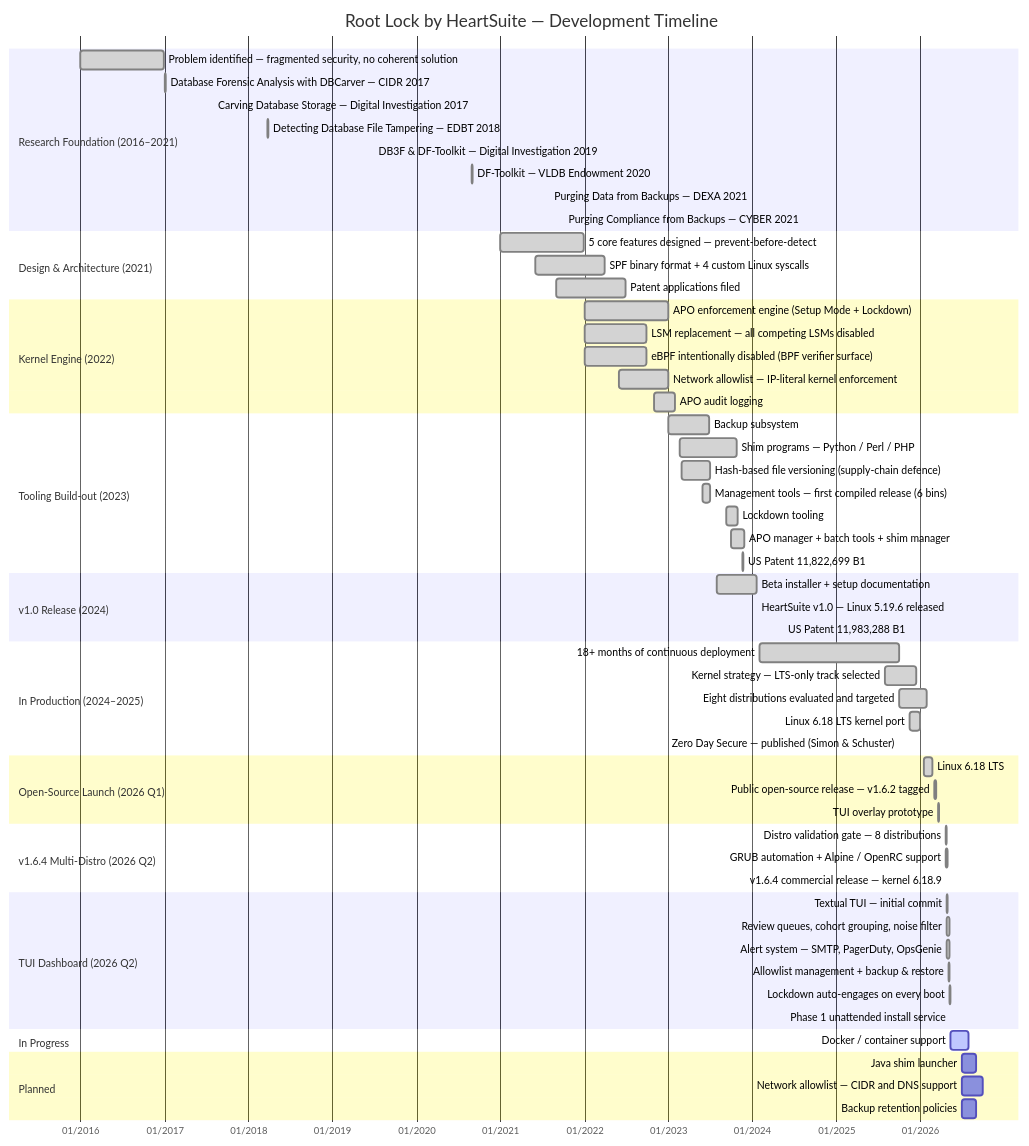
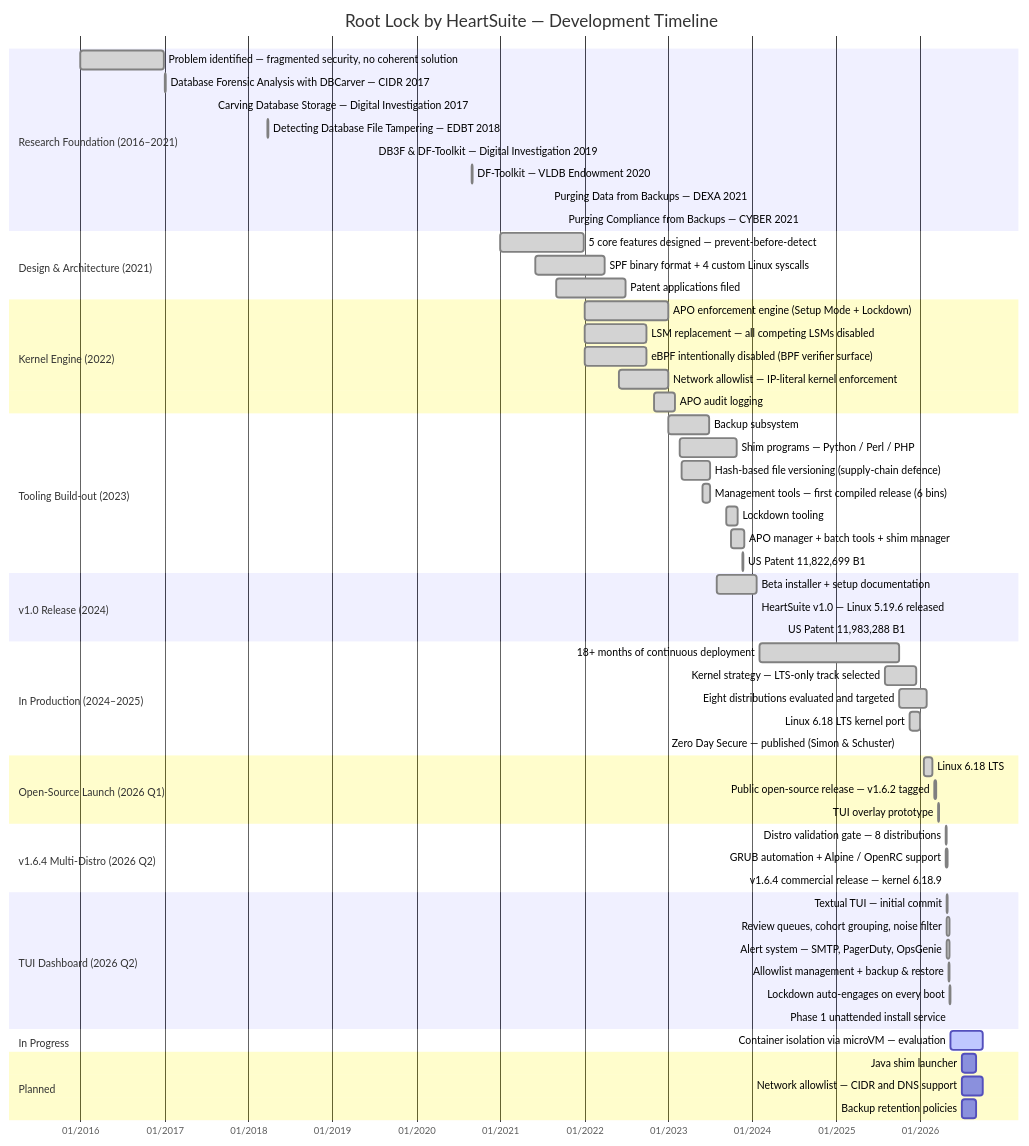
One commit to HeartSecuritySuite/heartsuite-docs changed the diagram in content/en/docs/roadmap/_index.md. Above: the diagram before and after it, drawn with Mermaid. The commit also changed other lines of this file and 7 other files, not shown here.

````diff
--- a/content/en/docs/roadmap/_index.md
+++ b/content/en/docs/roadmap/_index.md
@@ -24,75 +24,75 @@
 ```mermaid
 gantt
     title Root Lock by HeartSuite — Development Timeline
     dateFormat YYYY-MM-DD
     axisFormat %m/%Y
 
     section Research Foundation (2016–2021)
     Problem identified — fragmented security, no coherent solution :done, 2016-01-01, 2016-12-31
     Database Forensic Analysis with DBCarver — CIDR 2017         :done, 2017-01-04, 2017-01-05
     Carving Database Storage — Digital Investigation 2017        :done, 2017-08-01, 2017-08-02
     Detecting Database File Tampering — EDBT 2018                :done, 2018-03-26, 2018-03-27
     DB3F & DF-Toolkit — Digital Investigation 2019               :done, 2019-07-01, 2019-07-02
     DF-Toolkit — VLDB Endowment 2020                             :done, 2020-08-31, 2020-09-01
     Purging Data from Backups — DEXA 2021                        :done, 2021-08-01, 2021-08-02
     Purging Compliance from Backups — CYBER 2021                 :done, 2021-10-03, 2021-10-04
 
     section Design & Architecture (2021)
     5 core features designed — prevent-before-detect  :done, 2021-01-01, 2021-12-31
     SPF binary format + 4 custom Linux syscalls        :done, 2021-06-01, 2022-03-31
     Patent applications filed                          :done, 2021-09-01, 2022-06-30
 
     section Kernel Engine (2022)
     APO enforcement engine (Setup Mode + Lockdown)     :done, 2022-01-01, 2022-12-31
     LSM replacement — all competing LSMs disabled      :done, 2022-01-01, 2022-09-30
     eBPF intentionally disabled (BPF verifier surface) :done, 2022-01-01, 2022-09-30
     Network allowlist — IP-literal kernel enforcement  :done, 2022-06-01, 2022-12-31
     APO audit logging                                  :done, 2022-11-01, 2023-01-31
 
     section Tooling Build-out (2023)
     Backup subsystem                                  :done, 2023-01-01, 2023-06-30
     Shim programs — Python / Perl / PHP               :done, 2023-02-20, 2023-10-25
     Hash-based file versioning (supply-chain defence) :done, 2023-03-01, 2023-07-01
     Management tools — first compiled release (6 bins) :done, 2023-06-01, 2023-07-01
     Lockdown tooling                                  :done, 2023-09-11, 2023-10-31
     APO manager + batch tools + shim manager          :done, 2023-10-01, 2023-11-30
     US Patent 11,822,699 B1                           :done, 2023-11-21, 2023-11-22
 
     section v1.0 Release (2024)
     Beta installer + setup documentation              :done, 2023-07-31, 2024-01-20
     HeartSuite v1.0 — Linux 5.19.6 released           :done, 2024-01-20, 2024-01-21
     US Patent 11,983,288 B1                           :done, 2024-05-14, 2024-05-15
 
     section In Production (2024–2025)
     18+ months of continuous deployment        :done, 2024-02-01, 2025-09-30
     Kernel strategy — LTS-only track selected         :done, 2025-08-01, 2025-12-15
     Eight distributions evaluated and targeted        :done, 2025-10-01, 2026-01-31
     Linux 6.18 LTS kernel port                        :done, 2025-11-15, 2025-12-31
     Zero Day Secure — published (Simon & Schuster)    :done, 2025-10-01, 2025-10-02
 
     section Open-Source Launch (2026 Q1)
     Linux 6.18 LTS          :done, 2026-01-15, 2026-02-24
     Public open-source release — v1.6.2 tagged        :done, 2026-03-05, 2026-03-12
     TUI overlay prototype                             :done, 2026-03-18, 2026-03-26
 
     section v1.6.4 Multi-Distro (2026 Q2)
     Distro validation gate — 8 distributions          :done, 2026-04-22, 2026-04-26
     GRUB automation + Alpine / OpenRC support         :done, 2026-04-23, 2026-04-29
     v1.6.4 commercial release — kernel 6.18.9         :done, 2026-04-26, 2026-04-27
 
     section TUI Dashboard (2026 Q2)
     Textual TUI — initial commit                      :done, 2026-04-28, 2026-04-29
     Review queues, cohort grouping, noise filter      :done, 2026-04-28, 2026-05-07
     Alert system — SMTP, PagerDuty, OpsGenie          :done, 2026-04-28, 2026-05-07
     Allowlist management + backup & restore           :done, 2026-05-04, 2026-05-10
     Lockdown auto-engages on every boot               :done, 2026-05-07, 2026-05-12
     Phase 1 unattended install service                :done, 2026-05-12, 2026-05-14
 
     section In Progress
-    Docker / container support                        :active, 2026-05-14, 2026-07-31
+    Container isolation via microVM — evaluation      :active, 2026-05-14, 2026-09-30
 
     section Planned
     Java shim launcher                               :2026-07-01, 2026-08-31
     Network allowlist — CIDR and DNS support         :2026-07-01, 2026-09-30
     Backup retention policies                        :2026-07-01, 2026-08-31
 ```
````
